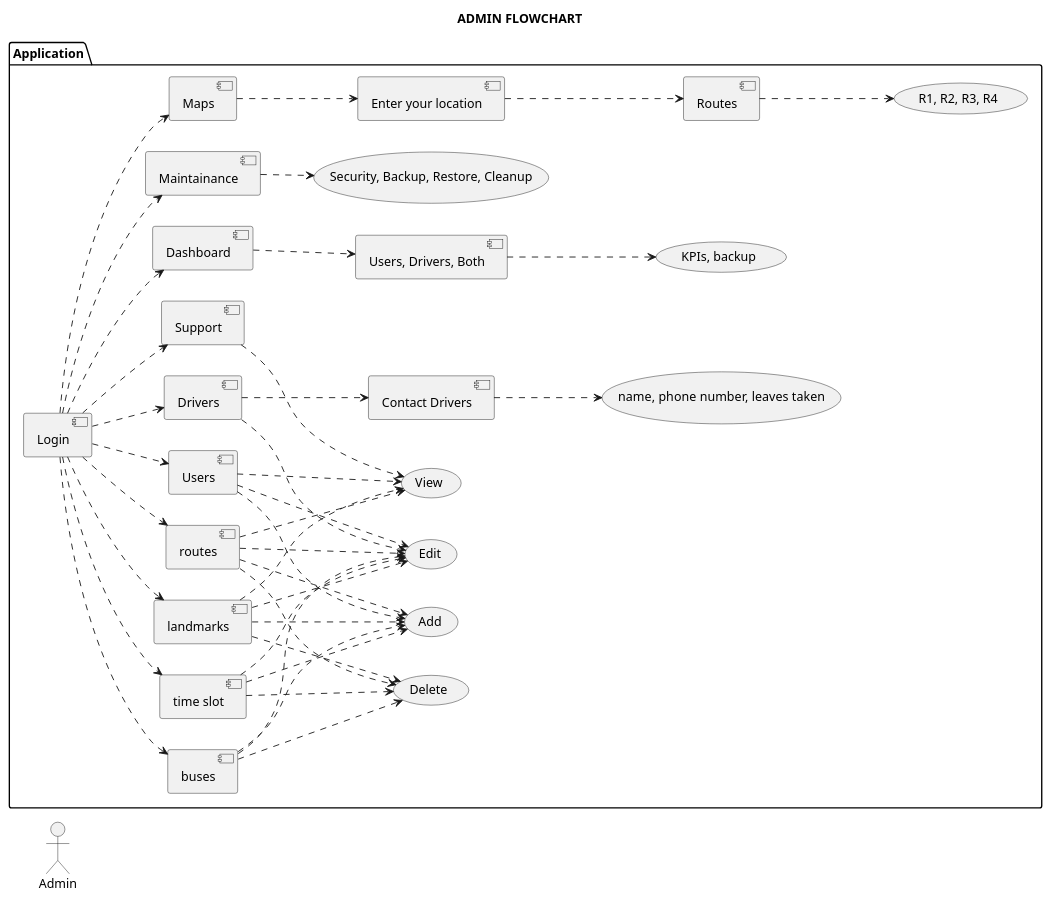
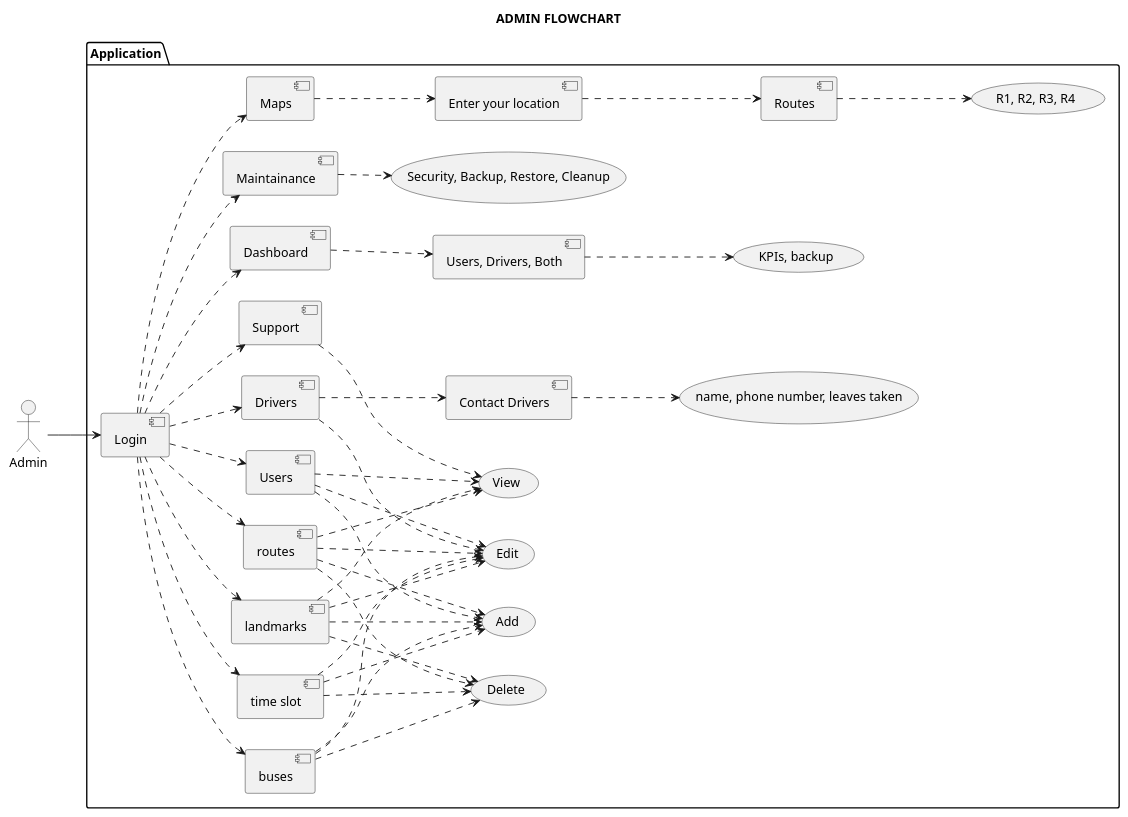
The diagram in Flowcharts/adminflowchart.puml (Krishnaa-tech/BuzzMaps), drawn with PlantUML before and after one commit.

```diff
--- a/Flowcharts/adminflowchart.puml
+++ b/Flowcharts/adminflowchart.puml
@@ -1,75 +1,81 @@
 @startuml Admin
 title ADMIN FLOWCHART
 left to right direction 
 
+
+
 actor Admin
+
+
+
+
 
 package Application{
 
   usecase "Login" as [loginpage]
+
 
   'Routes
   [loginpage]..> [routes]
   [routes]..> (Delete)
   [routes] ..> (Edit)
   [routes]..> (Add)
   [routes]..> (View)
 
 
   'Landslots
   [loginpage]..> [landmarks]
   [landmarks]..> [Delete]
   [landmarks]..> [Edit]
   [landmarks]..> [Add]
   [landmarks]..> (View)
 
 
   'Time Slots
   [loginpage]..> [time slot]
   [time slot]..> [Delete]
   [time slot]..> [Edit]
   [time slot]..> [Add]
 
 
 
   'Buses
   [loginpage]..> [buses]
   [buses]..> [Delete]
   [buses]..> [Edit]
   [buses]..> [Add]
 
   'Analytics report
   [loginpage]..> [Dashboard]
   [Dashboard]..> [Users, Drivers, Both]
   [Users, Drivers, Both]..>(KPIs, backup)
 
   
 
   'Maintainance
   [loginpage]..> [Maintainance]
   [Maintainance]..> (Security, Backup, Restore, Cleanup)
 
   'users
   [loginpage]..> [Users]
   [Users]..> [Add]
   [Users]..> [Edit]
   [Users]..>[View]
-  
-  
+    
   'Drivers
   [loginpage]..> [Drivers]
   [Drivers]..>[Contact Drivers]
   [Contact Drivers]..> (name, phone number, leaves taken)
   [Drivers]..> [Edit]
   [loginpage]..> [Support]
   [Support]..> (View)
 
-
   'General Maps
   [loginpage]..> [Maps]
   [Maps]..>[Enter your location]
   [Enter your location]..>[Routes]
   [Routes]..>(R1, R2, R3, R4)
 
 }
+Admin --> loginpage
 @enduml
```
